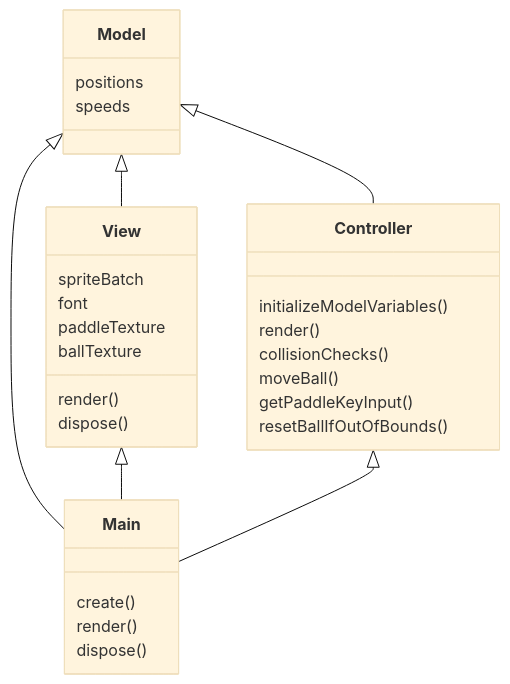
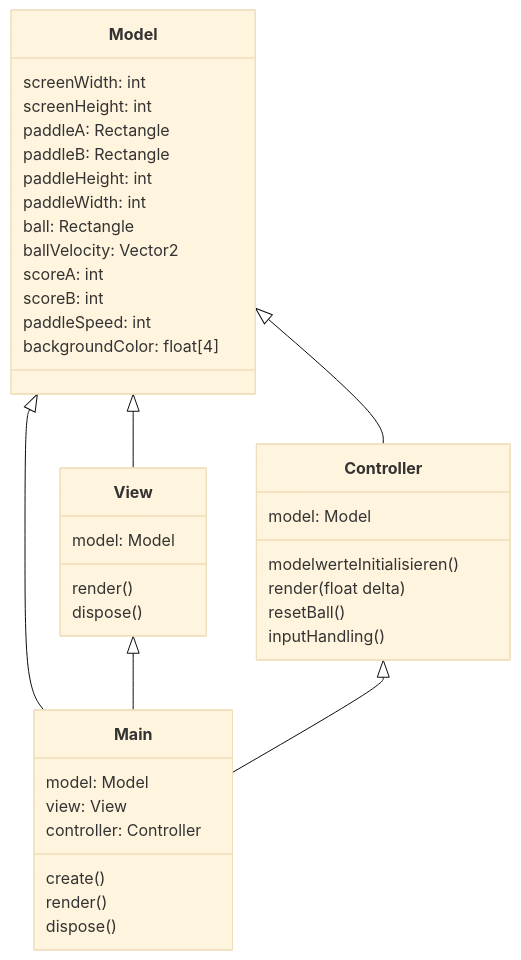
Before and after one commit to cpaech/ProjectCharlie: the diagram in README.md, drawn with Mermaid (base theme).

Commit message:
Update README.md
Jetzt mit aktuellem Classdiagramm

````diff
--- a/README.md
+++ b/README.md
@@ -41,33 +41,42 @@
 ```mermaid
 classDiagram
 Model <|-- Main
 View <|-- Main
 Controller <|-- Main
 Model <|-- View
 Model <|-- Controller
 class Model {
-    positions
-    speeds
+    screenWidth: int
+    screenHeight: int
+    paddleA: Rectangle
+    paddleB: Rectangle
+    paddleHeight: int
+    paddleWidth: int
+    ball: Rectangle
+    ballVelocity: Vector2
+    scoreA: int
+    scoreB: int
+    paddleSpeed: int
+    backgroundColor: float[4]
 }
 class Controller {
-    initializeModelVariables()
-    render()
-    collisionChecks()
-    moveBall()
-    getPaddleKeyInput()
-    resetBallIfOutOfBounds()
+    model: Model
+    modelwerteInitialisieren()
+    render(float delta)
+    resetBall()
+    inputHandling()
 }
 class View {
-    spriteBatch
-    font
-    paddleTexture
-    ballTexture
+    model: Model
     render()
     dispose()
 }
 class Main {
+    model: Model
+    view: View
+    controller: Controller
     create()
     render()
     dispose()
 }
 ```
````
